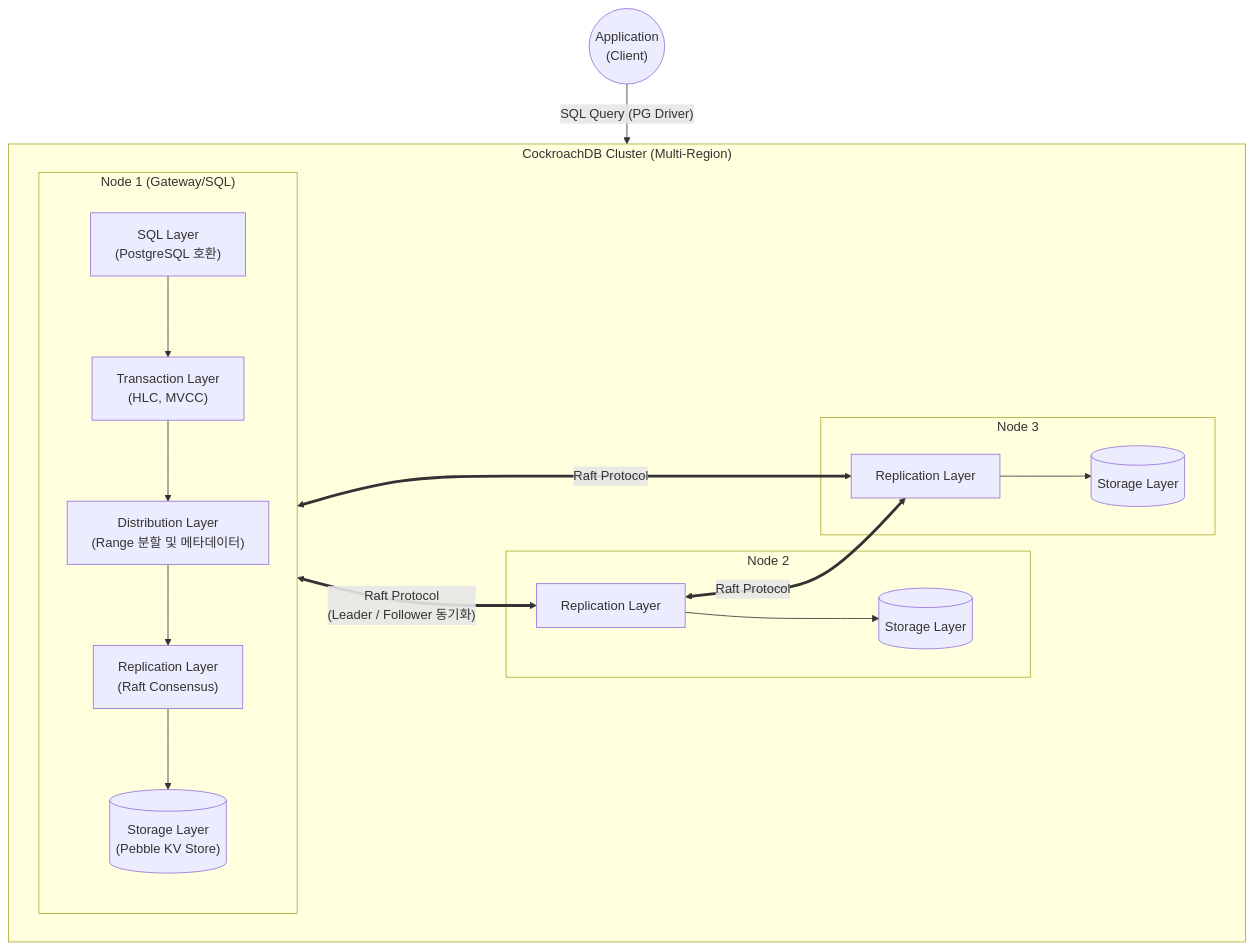
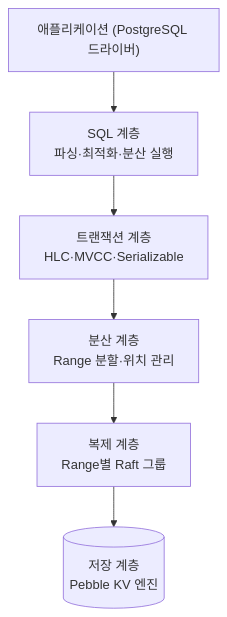
The diagram in content/01_IT Tech/CockroachDB.md (supremethumb/supremethumb.github.io), drawn with Mermaid before and after one commit. The commit also changed other lines of this file and 1087 other files, not shown here.

````diff
--- a/content/01_IT Tech/CockroachDB.md
+++ b/content/01_IT Tech/CockroachDB.md
@@ -23,35 +35,8 @@
 ```mermaid
 flowchart TB
-    subgraph CockroachDB_Cluster["CockroachDB Cluster (Multi-Region)"]
-        direction LR
-        subgraph Node1["Node 1 (Gateway/SQL)"]
-            direction TB
-            SQL1["SQL Layer<br/>(PostgreSQL 호환)"]
-            Txn1["Transaction Layer<br/>(HLC, MVCC)"]
-            Dist1["Distribution Layer<br/>(Range 분할 및 메타데이터)"]
-            Rep1["Replication Layer<br/>(Raft Consensus)"]
-            Store1[("Storage Layer<br/>(Pebble KV Store)")]
-            
-            SQL1 --> Txn1 --> Dist1 --> Rep1 --> Store1
-        end
-        
-        subgraph Node2["Node 2"]
-            Rep2["Replication Layer"]
-            Store2[("Storage Layer")]
-            Rep2 --> Store2
-        end
-        
-        subgraph Node3["Node 3"]
-            Rep3["Replication Layer"]
-            Store3[("Storage Layer")]
-            Rep3 --> Store3
-        end
-        
-        Rep1 <== "Raft Protocol<br/>(Leader / Follower 동기화)" ==> Rep2
-        Rep2 <== "Raft Protocol" ==> Rep3
-        Rep1 <== "Raft Protocol" ==> Rep3
-    end
-    
-    Client(("Application<br/>(Client)")) -- "SQL Query (PG Driver)" --> SQL1
-
+    C["애플리케이션 (PostgreSQL 드라이버)"] --> S["SQL 계층<br/>파싱·최적화·분산 실행"]
+    S --> T["트랜잭션 계층<br/>HLC·MVCC·Serializable"]
+    T --> D["분산 계층<br/>Range 분할·위치 관리"]
+    D --> R["복제 계층<br/>Range별 Raft 그룹"]
+    R --> P[("저장 계층<br/>Pebble KV 엔진")]
 ```
````
